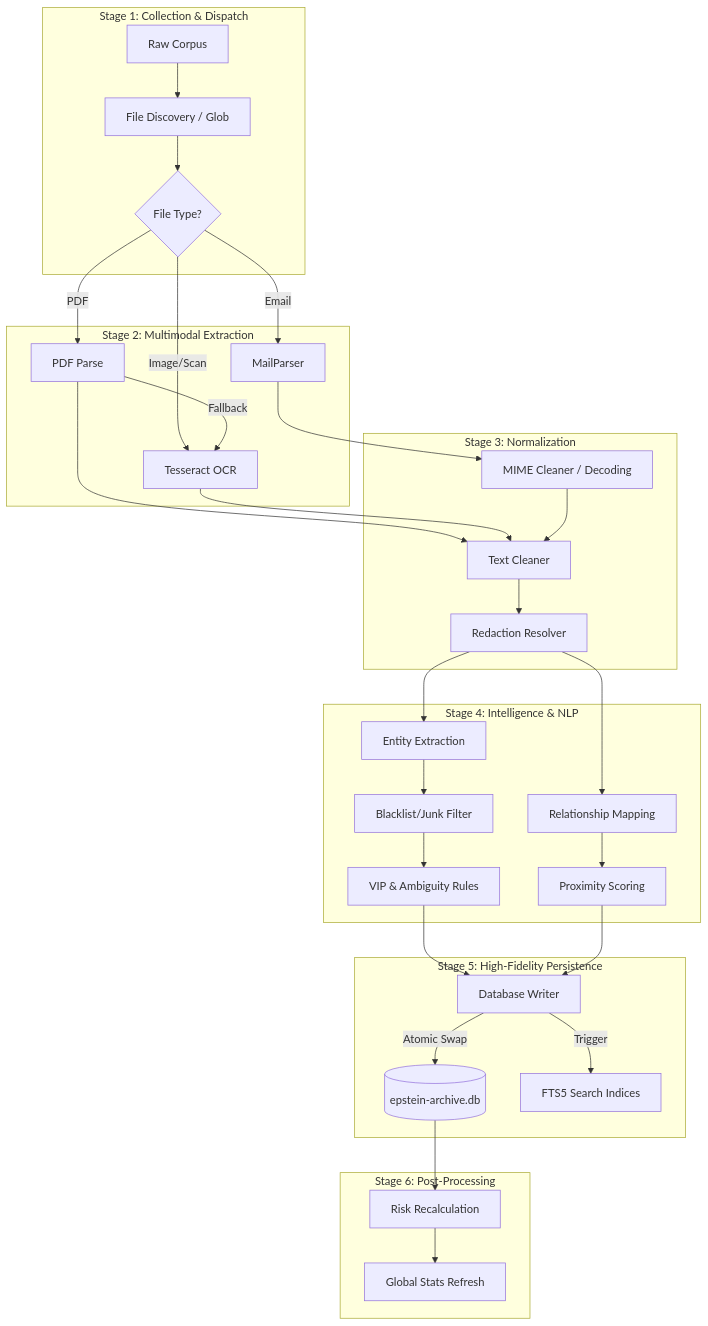
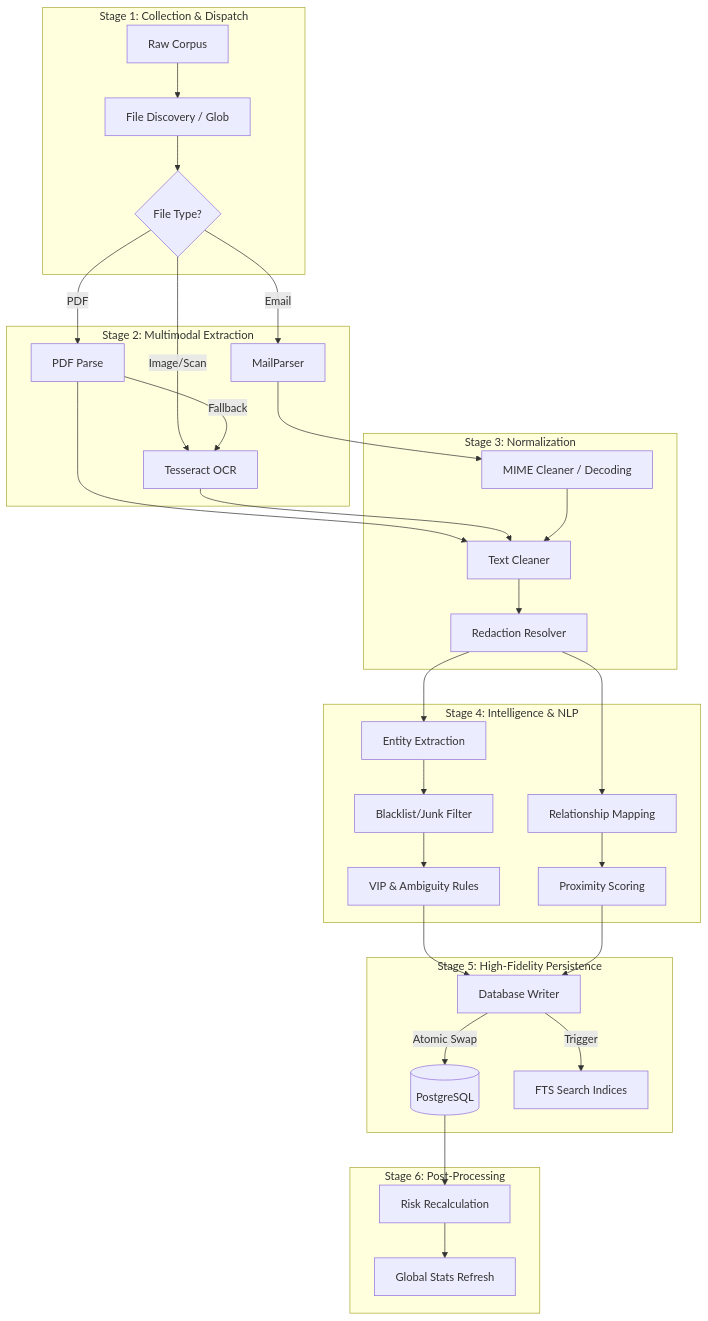
One commit to TheDarkSkyXD/epstein-archive changed the second of 4 diagrams in TECHNICAL_OVERVIEW.md. Above: the diagram before and after it, drawn with Mermaid. The commit also changed other lines of this file and 14 other files, not shown here.

````diff
--- a/TECHNICAL_OVERVIEW.md
+++ b/TECHNICAL_OVERVIEW.md
@@ -47,42 +47,42 @@
 ```mermaid
 graph TD
     subgraph "Stage 1: Collection & Dispatch"
         Data[Raw Corpus] --> Glob[File Discovery / Glob]
         Glob --> Dispatch{File Type?}
     end
 
     subgraph "Stage 2: Multimodal Extraction"
         Dispatch -->|PDF| PDF[PDF Parse]
         Dispatch -->|Image/Scan| OCR[Tesseract OCR]
         Dispatch -->|Email| EML[MailParser]
         PDF -->|Fallback| OCR
     end
 
     subgraph "Stage 3: Normalization"
         PDF --> Clean[Text Cleaner]
         OCR --> Clean
         EML --> MIME[MIME Cleaner / Decoding]
         MIME --> Clean
         Clean --> Redact[Redaction Resolver]
     end
 
     subgraph "Stage 4: Intelligence & NLP"
         Redact --> Entity[Entity Extraction]
         Redact --> Rel[Relationship Mapping]
         Entity --> Filter[Blacklist/Junk Filter]
         Filter --> VIP[VIP & Ambiguity Rules]
         Rel --> Prox[Proximity Scoring]
     end
 
     subgraph "Stage 5: High-Fidelity Persistence"
         VIP --> Persist[Database Writer]
         Prox --> Persist
-        Persist -->|Atomic Swap| DB[(epstein-archive.db)]
-        Persist -->|Trigger| FTS5[FTS5 Search Indices]
+        Persist -->|Atomic Swap| DB[(PostgreSQL)]
+        Persist -->|Trigger| FTS[FTS Search Indices]
     end
 
     subgraph "Stage 6: Post-Processing"
         DB --> Risk[Risk Recalculation]
         Risk --> Stats[Global Stats Refresh]
     end
 ```
````
